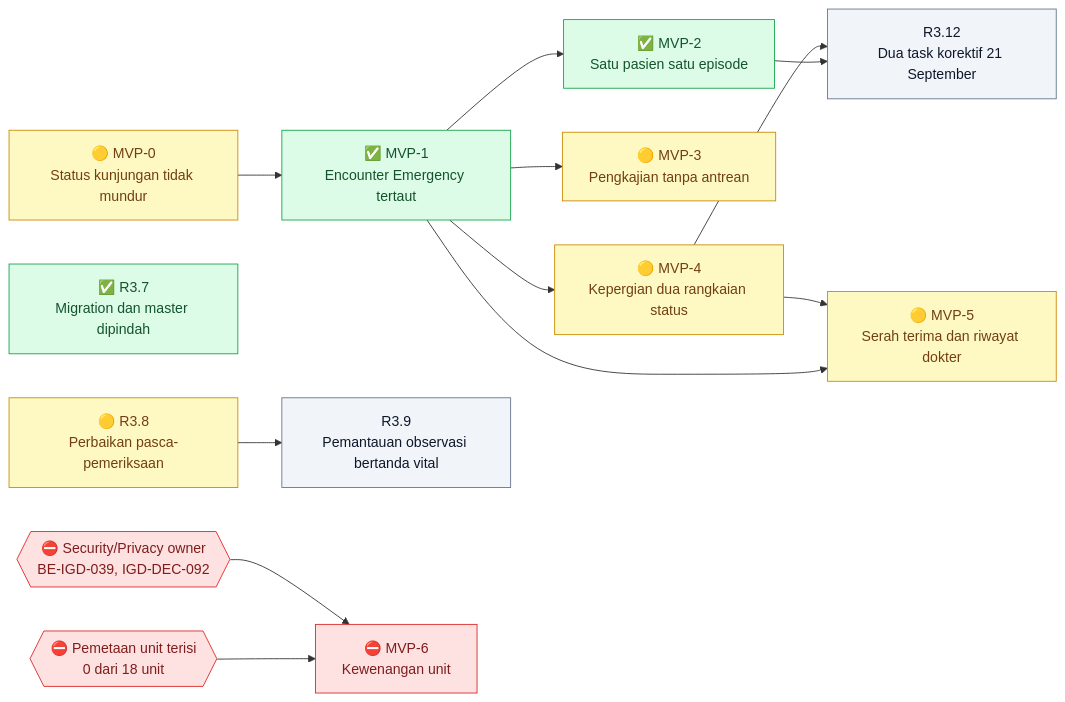
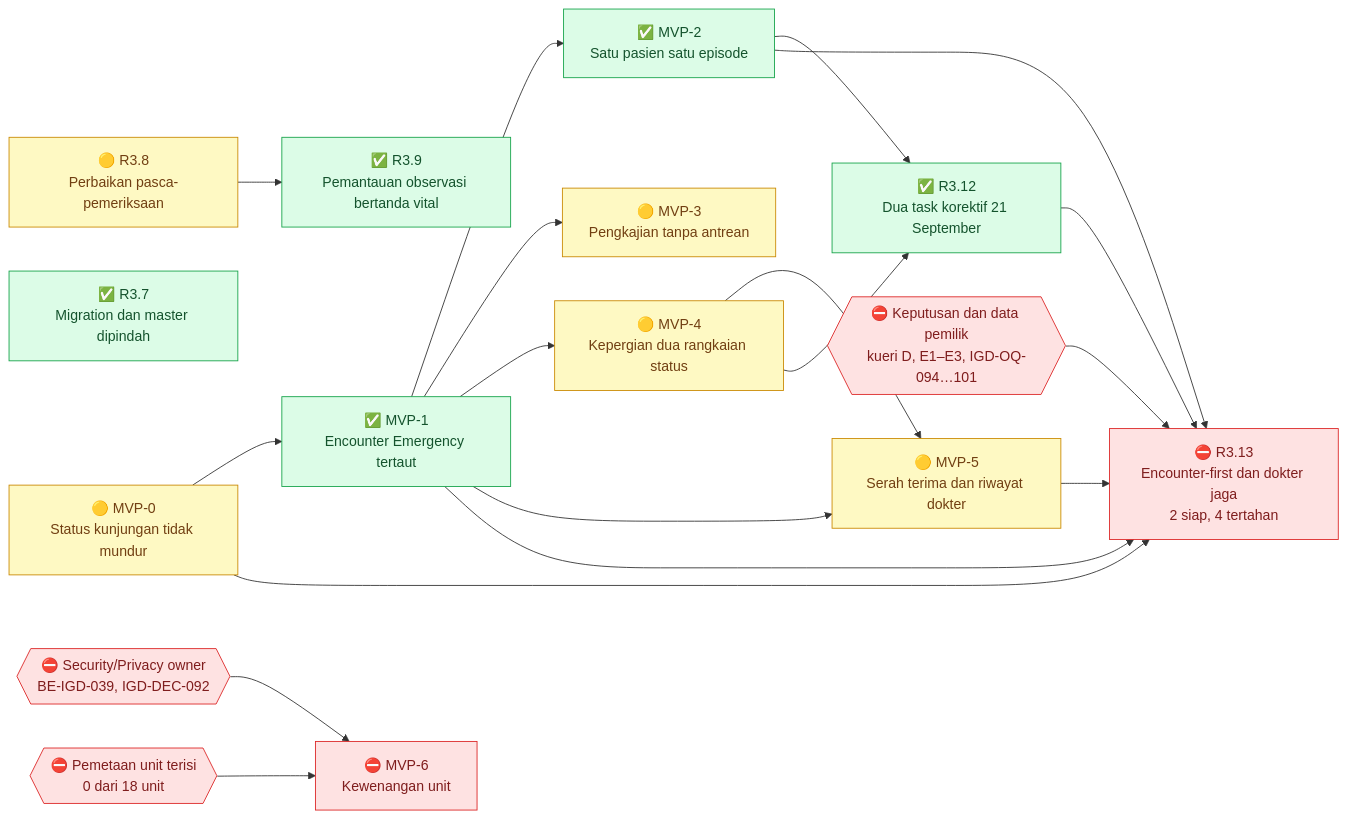
The first of 10 diagrams in docs/module-blueprints/igd/roadmap/backend-roadmap.md (DevBenari/NewQuilvianSystemBackend), drawn with Mermaid before and after one commit. The commit also changed other lines of this file and 26 other files, not shown here.

Commit message:
merubah alur pendaftaran pasien igd dan asigment doctor

````diff
--- a/docs/module-blueprints/igd/roadmap/backend-roadmap.md
+++ b/docs/module-blueprints/igd/roadmap/backend-roadmap.md
@@ -89,34 +94,42 @@
 ```mermaid
 flowchart LR
     classDef selesai fill:#DCFCE7,stroke:#16A34A,color:#14532D
     classDef sebagian fill:#FEF9C3,stroke:#CA8A04,color:#713F12
     classDef terblokir fill:#FEE2E2,stroke:#DC2626,color:#7F1D1D
     classDef belum fill:#F1F5F9,stroke:#64748B,color:#0F172A
     classDef luar fill:#EDE9FE,stroke:#7C3AED,color:#3B0764
 
     MVP0["🟡 MVP-0<br/>Status kunjungan tidak mundur"]:::sebagian
     MVP1["✅ MVP-1<br/>Encounter Emergency tertaut"]:::selesai
     MVP2["✅ MVP-2<br/>Satu pasien satu episode"]:::selesai
     MVP3["🟡 MVP-3<br/>Pengkajian tanpa antrean"]:::sebagian
     MVP4["🟡 MVP-4<br/>Kepergian dua rangkaian status"]:::sebagian
     MVP5["🟡 MVP-5<br/>Serah terima dan riwayat dokter"]:::sebagian
     R37["✅ R3.7<br/>Migration dan master dipindah"]:::selesai
     R38["🟡 R3.8<br/>Perbaikan pasca-pemeriksaan"]:::sebagian
-    R39["R3.9<br/>Pemantauan observasi bertanda vital"]:::belum
-    R312["R3.12<br/>Dua task korektif 21 September"]:::belum
+    R39["✅ R3.9<br/>Pemantauan observasi bertanda vital"]:::selesai
+    R312["✅ R3.12<br/>Dua task korektif 21 September"]:::selesai
+    R313["⛔ R3.13<br/>Encounter-first dan dokter jaga<br/>2 siap, 4 tertahan"]:::terblokir
+    GATE313{{"⛔ Keputusan dan data pemilik<br/>kueri D, E1–E3, IGD-OQ-094…101"}}:::terblokir
     MVP6["⛔ MVP-6<br/>Kewenangan unit"]:::terblokir
     SEC{{"⛔ Security/Privacy owner<br/>BE-IGD-039, IGD-DEC-092"}}:::terblokir
     MAP{{"⛔ Pemetaan unit terisi<br/>0 dari 18 unit"}}:::terblokir
 
     MVP0 --> MVP1
     MVP1 --> MVP2
     MVP1 --> MVP3
     MVP1 --> MVP4
     MVP4 --> MVP5
     MVP1 --> MVP5
     MVP4 --> R312
     MVP2 --> R312
+    MVP0 --> R313
+    MVP1 --> R313
+    MVP2 --> R313
+    MVP5 --> R313
+    R312 --> R313
+    GATE313 --> R313
     SEC --> MVP6
     MAP --> MVP6
     R38 --> R39
 ```
````
